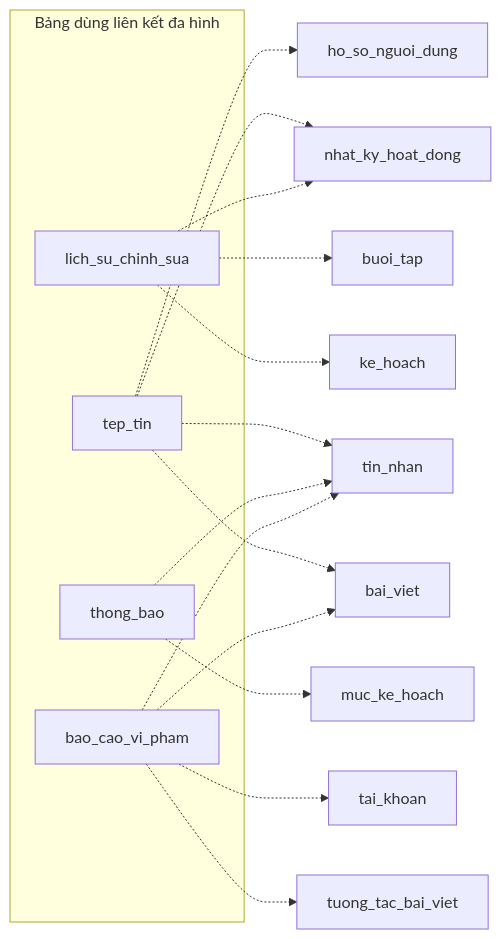
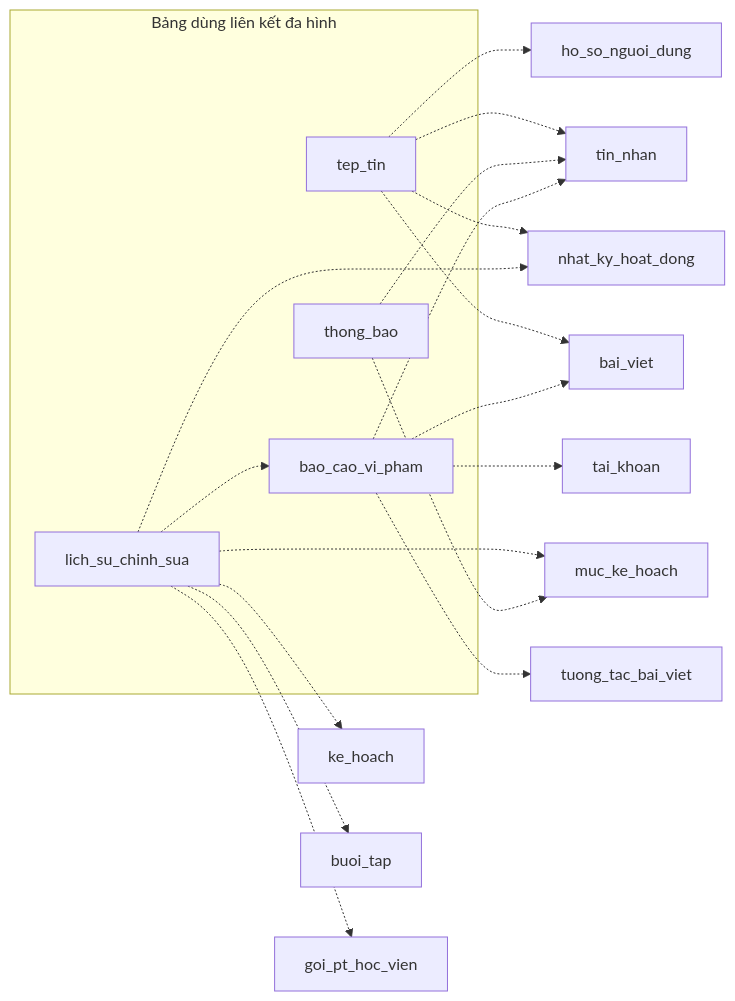
One commit to ngongochuy2003/GymBase changed the diagram in database/diagrams/10-lien-ket-da-hinh.md. Above: the diagram before and after it, drawn with Mermaid. The commit also changed other lines of this file and 12 other files, not shown here.

````diff
--- a/database/diagrams/10-lien-ket-da-hinh.md
+++ b/database/diagrams/10-lien-ket-da-hinh.md
@@ -6,26 +6,29 @@
 ```mermaid
 flowchart LR
     subgraph Nguon["Bảng dùng liên kết đa hình"]
         tep_tin
         lich_su_chinh_sua
         thong_bao
         bao_cao_vi_pham
     end
 
     tep_tin -.-> bai_viet
     tep_tin -.-> tin_nhan
     tep_tin -.-> nhat_ky_hoat_dong
     tep_tin -.-> ho_so_nguoi_dung
 
     lich_su_chinh_sua -.-> nhat_ky_hoat_dong
     lich_su_chinh_sua -.-> ke_hoach
+    lich_su_chinh_sua -.-> muc_ke_hoach
     lich_su_chinh_sua -.-> buoi_tap
+    lich_su_chinh_sua -.-> goi_pt_hoc_vien
+    lich_su_chinh_sua -.-> bao_cao_vi_pham
 
     thong_bao -.-> muc_ke_hoach
     thong_bao -.-> tin_nhan
 
     bao_cao_vi_pham -.-> bai_viet
     bao_cao_vi_pham -.-> tuong_tac_bai_viet
     bao_cao_vi_pham -.-> tai_khoan
     bao_cao_vi_pham -.-> tin_nhan
 ```
````
